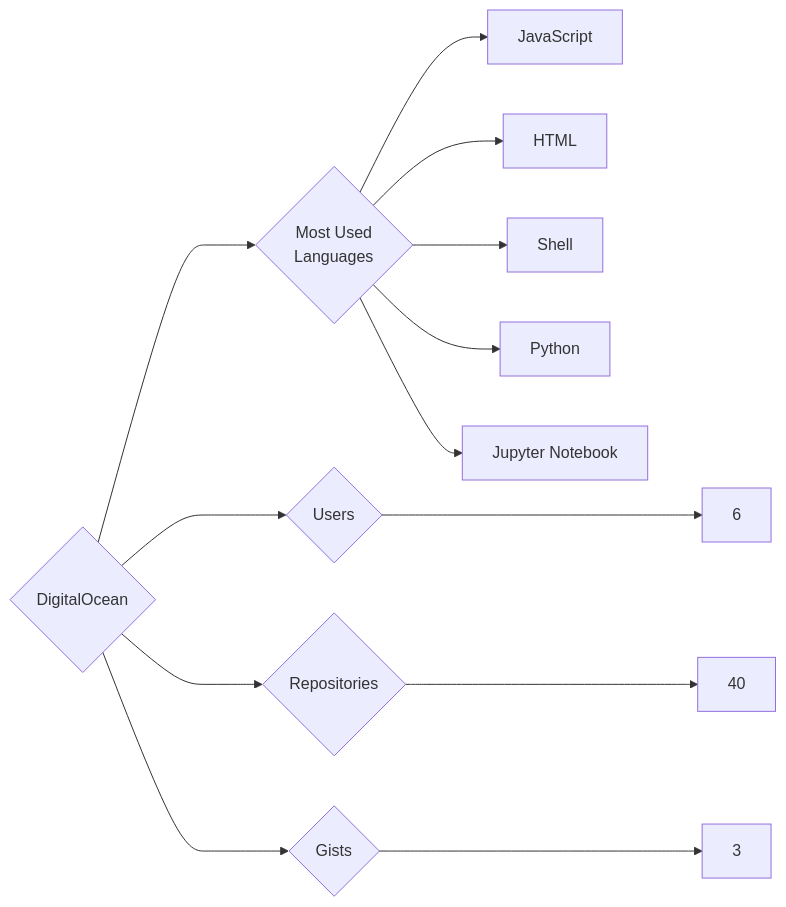
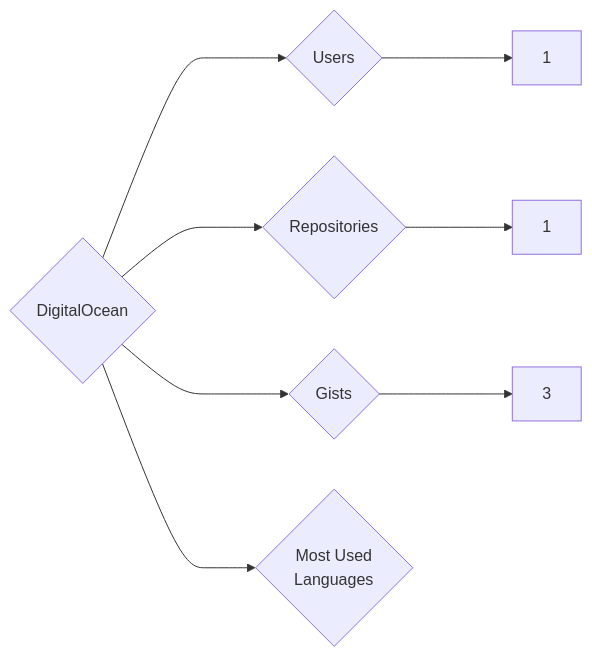
Before and after one commit to trickest/insiders: the diagram in targets/DigitalOcean/README.md, drawn with Mermaid. The commit also changed 618 other files, not shown here.

````diff
--- a/targets/DigitalOcean/README.md
+++ b/targets/DigitalOcean/README.md
@@ -3,13 +3,8 @@
 ```mermaid
 graph LR
 COMPANY_NAME{DigitalOcean}
-COMPANY_NAME ---> U{Users} ---> UN[6]
-COMPANY_NAME ---> R{Repositories} ---> RN[40]
+COMPANY_NAME ---> U{Users} ---> UN[1]
+COMPANY_NAME ---> R{Repositories} ---> RN[1]
 COMPANY_NAME ---> G{Gists} ---> GN[3]
 COMPANY_NAME ---> ML{Most Used<br>Languages}
-ML --> JavaScript[JavaScript]
-ML --> HTML[HTML]
-ML --> Shell[Shell]
-ML --> Python[Python]
-ML --> Jupyter_Notebook[Jupyter Notebook]
 ```
````
